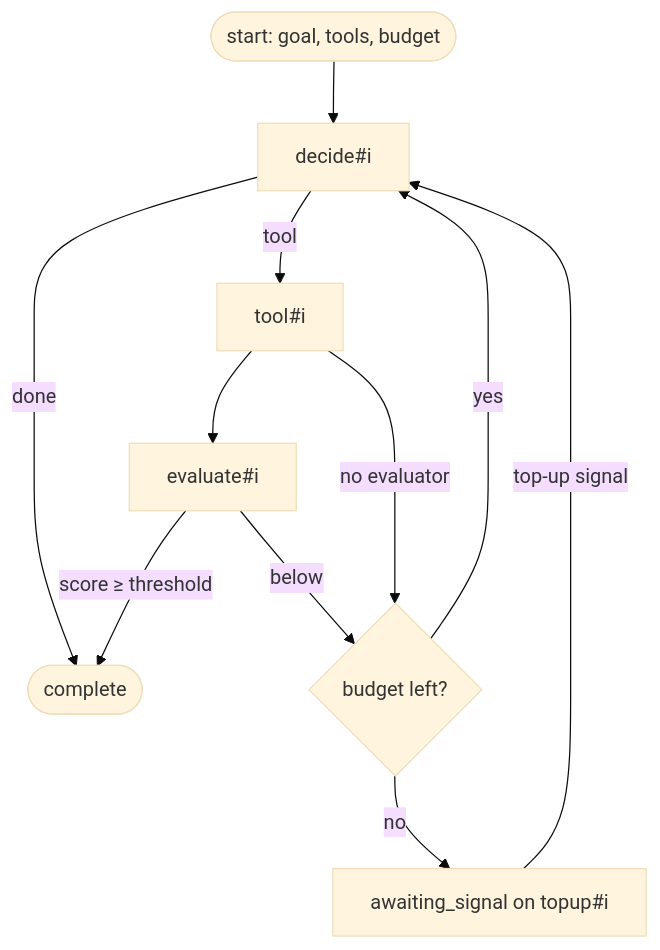
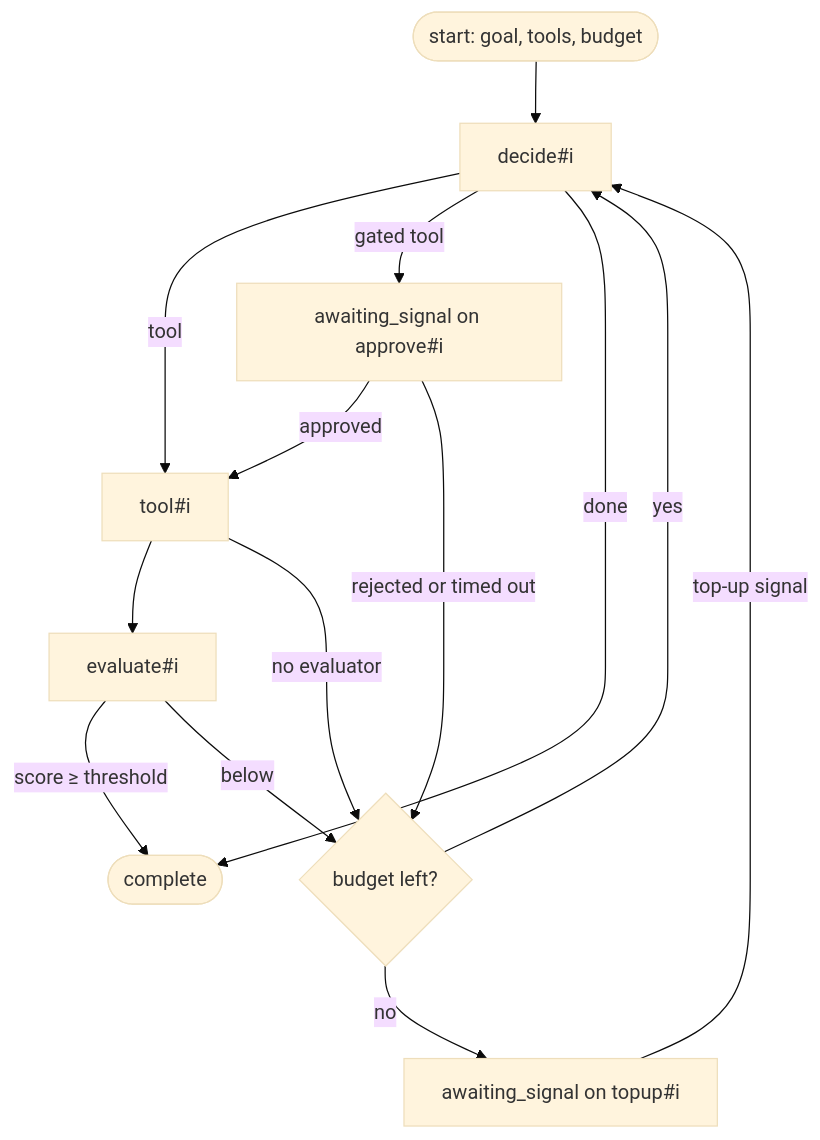
One commit to oonalab/vlo changed the diagram in docs/agents.md. Above: the diagram before and after it, drawn with Mermaid (base theme). The commit also changed other lines of this file and 23 other files, not shown here.

````diff
--- a/docs/agents.md
+++ b/docs/agents.md
@@ -21,13 +23,16 @@
 ```mermaid
 flowchart TD
   S([start: goal, tools, budget]) --> D["decide#i"]
   D -->|tool| T["tool#i"]
+  D -->|gated tool| A["awaiting_signal on approve#i"]
+  A -->|approved| T
+  A -->|"rejected or timed out"| B
   D -->|done| F([complete])
   T --> E["evaluate#i"]
   E -->|"score ≥ threshold"| F
   E -->|below| B{budget left?}
   T -->|no evaluator| B
   B -->|yes| D
   B -->|no| P["awaiting_signal on topup#i"]
   P -->|top-up signal| D
 ```
````
